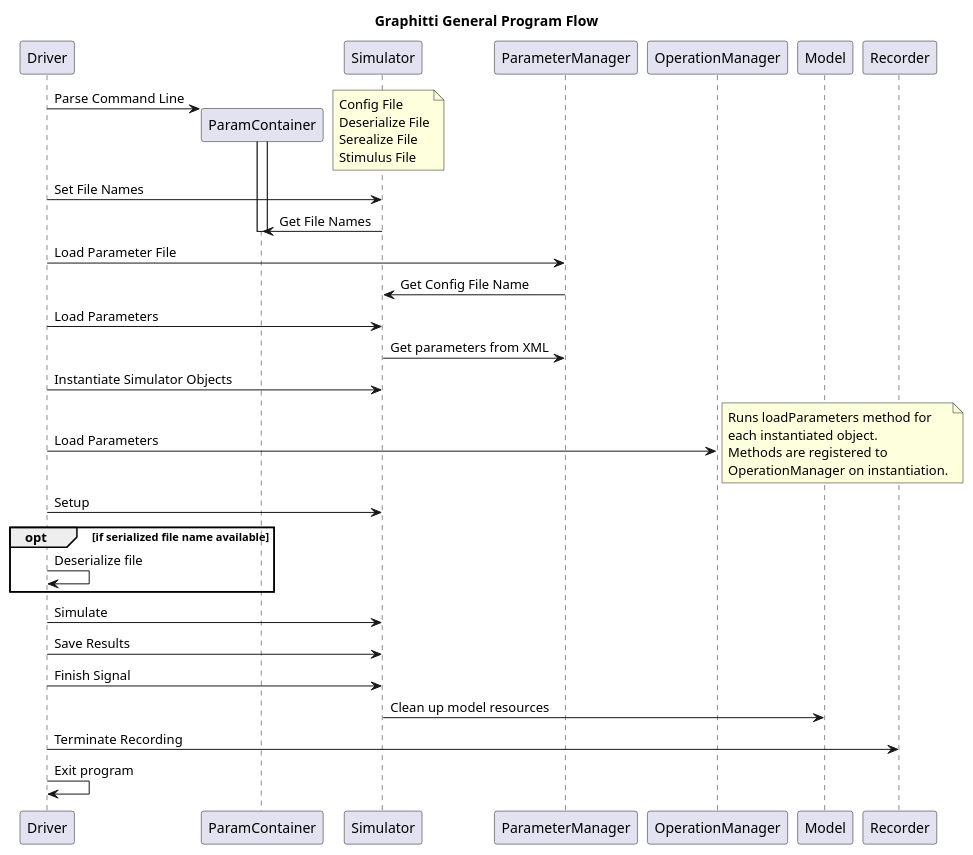
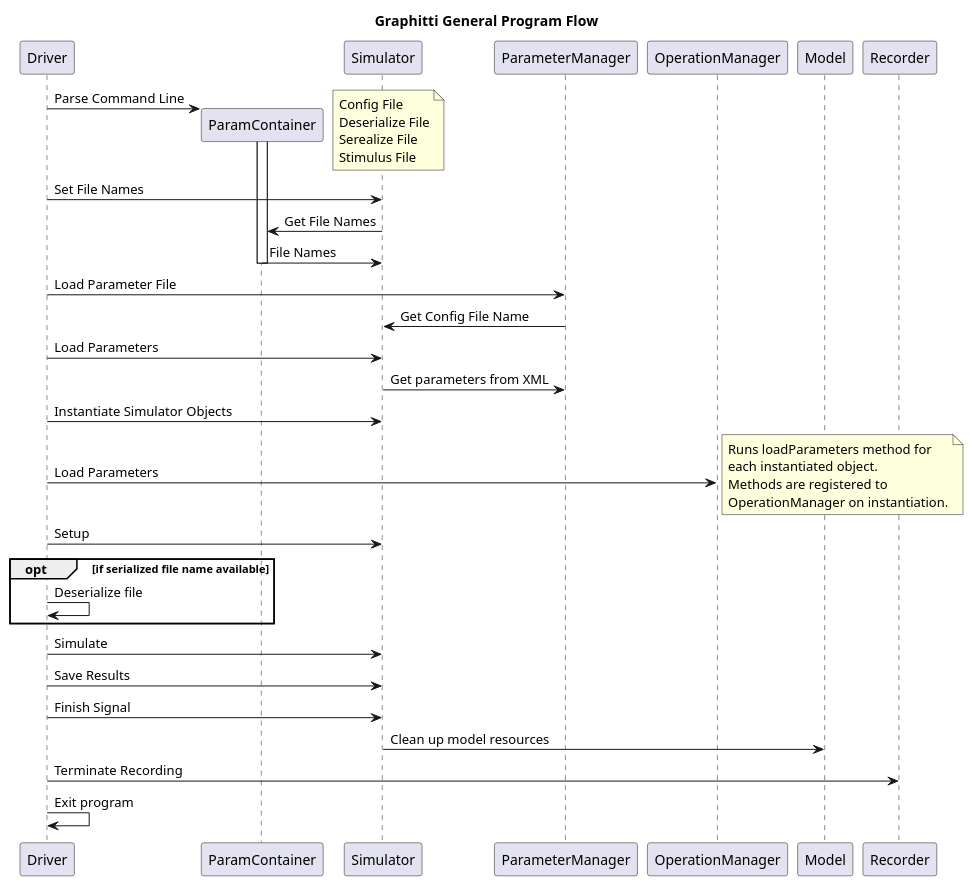
One commit to UWB-Biocomputing/Graphitti changed the diagram in docs/Developer/UML/top-level_flow.puml. Above: the diagram before and after it, drawn with PlantUML.

Commit message:
Update Program Flow diagram

```diff
--- a/docs/Developer/UML/top-level_flow.puml
+++ b/docs/Developer/UML/top-level_flow.puml
@@ -1,50 +1,51 @@
 @startuml graphitti sequence diagram
 
 title Graphitti General Program Flow
 
 Driver -> ParamContainer **: Parse Command Line
 activate ParamContainer
 note right
     Config File
     Deserialize File
     Serealize File
     Stimulus File
 end note
 
 Driver -> Simulator: Set File Names
 Simulator -> ParamContainer: Get File Names
+ParamContainer -> Simulator: File Names
 deactivate ParamContainer
 
 Driver -> ParameterManager: Load Parameter File
 ParameterManager -> Simulator: Get Config File Name
 Driver -> Simulator: Load Parameters
 Simulator -> ParameterManager: Get parameters from XML
 
 Driver -> Simulator: Instantiate Simulator Objects
 
 ' Expand in a separate diagram
 Driver -> OperationManager: Load Parameters
 note right
     Runs loadParameters method for
     each instantiated object.
     Methods are registered to
     OperationManager on instantiation.
 end note
 
 Driver -> Simulator: Setup
 
 opt if serialized file name available
     Driver -> Driver: Deserialize file
 end
 
 Driver -> Simulator: Simulate
 
 Driver -> Simulator: Save Results
 
 Driver -> Simulator: Finish Signal 
 Simulator -> Model: Clean up model resources
 Driver -> Recorder: Terminate Recording
 Driver -> Driver: Exit program
 
 
 @enduml
```
